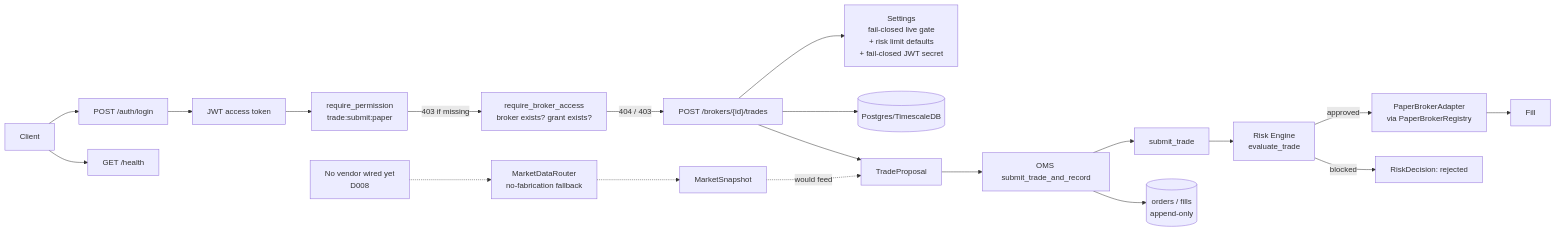
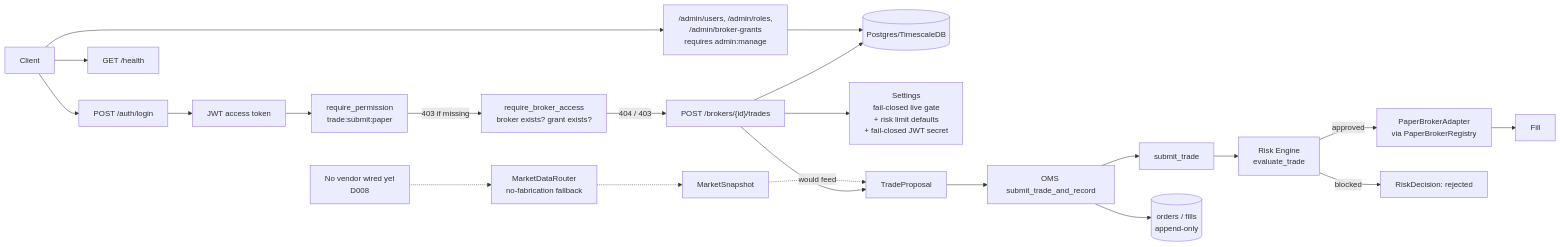
One commit to Freedomwelathlab/Trading-Agents changed the first of 2 diagrams in docs/ARCHITECTURE.md. Above: the diagram before and after it, drawn with Mermaid. The commit also changed other lines of this file and 11 other files, not shown here.

````diff
--- a/docs/ARCHITECTURE.md
+++ b/docs/ARCHITECTURE.md
@@ -5,24 +5,26 @@
 ```mermaid
 flowchart LR
     client[Client] --> login["POST /auth/login"]
     login --> token[JWT access token]
     token --> perm["require_permission\ntrade:submit:paper"]
     perm -->|403 if missing| grantcheck["require_broker_access\nbroker exists? grant exists?"]
     grantcheck -->|404 / 403| route["POST /brokers/{id}/trades"]
     client --> health[GET /health]
+    client --> admin["/admin/users, /admin/roles,\n/admin/broker-grants\nrequires admin:manage"]
+    admin --> db
     route --> settings[Settings\nfail-closed live gate\n+ risk limit defaults\n+ fail-closed JWT secret]
     route --> db[(Postgres/TimescaleDB)]
 
     vendors[No vendor wired yet\nD008] -.-> router[MarketDataRouter\nno-fabrication fallback]
     router -.-> snapshot[MarketSnapshot]
     snapshot -.would feed.-> proposal
 
     proposal[TradeProposal] --> persist[OMS submit_trade_and_record]
     persist --> oms[submit_trade]
     oms --> risk[Risk Engine\nevaluate_trade]
     risk -->|approved| broker[PaperBrokerAdapter\nvia PaperBrokerRegistry]
     risk -->|blocked| rejected[RiskDecision: rejected]
     broker --> fill[Fill]
     persist --> orders[(orders / fills\nappend-only)]
     route --> proposal
 ```
````
